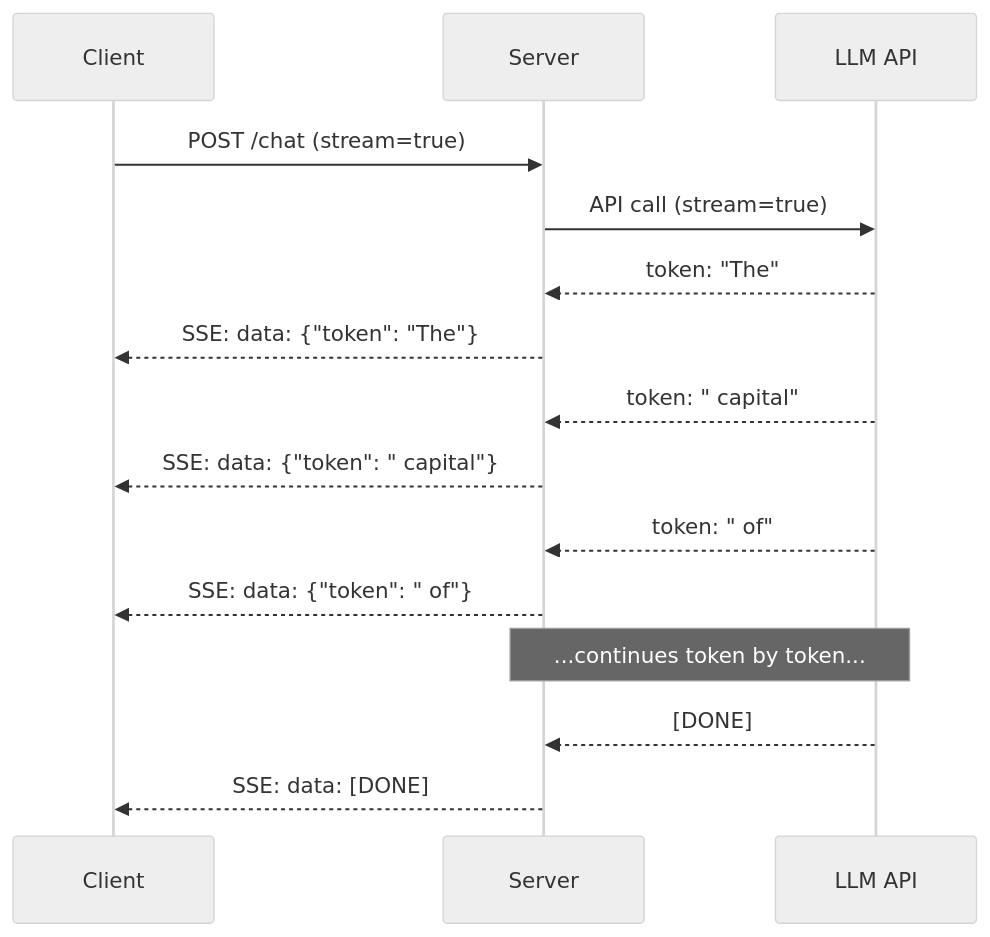
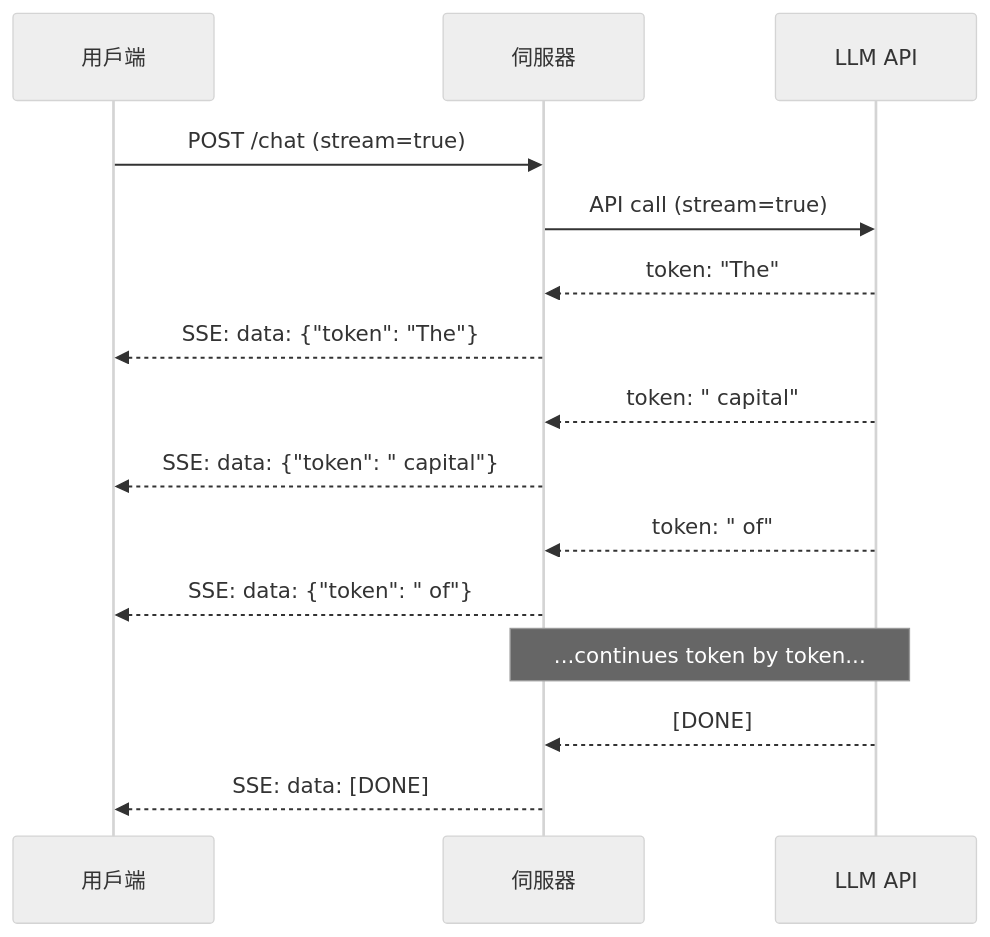
Before and after one commit to edward821220/ai-engineering-from-scratch: the second of 3 diagrams in i18n/zh-TW/phases/11-llm-engineering/13-production-app/docs/zh-TW.md, drawn with Mermaid (neutral theme). The commit also changed other lines of this file and 123 other files, not shown here.

````diff
--- a/i18n/zh-TW/phases/11-llm-engineering/13-production-app/docs/zh-TW.md
+++ b/i18n/zh-TW/phases/11-llm-engineering/13-production-app/docs/zh-TW.md
@@ -86,18 +86,18 @@
 ```mermaid
 sequenceDiagram
-    participant C as Client
-    participant S as Server
+    participant C as 用戶端
+    participant S as 伺服器
     participant L as LLM API
 
     C->>S: POST /chat (stream=true)
     S->>L: API call (stream=true)
     L-->>S: token: "The"
     S-->>C: SSE: data: {"token": "The"}
     L-->>S: token: " capital"
     S-->>C: SSE: data: {"token": " capital"}
     L-->>S: token: " of"
     S-->>C: SSE: data: {"token": " of"}
     Note over L,S: ...continues token by token...
     L-->>S: [DONE]
     S-->>C: SSE: data: [DONE]
 ```
````
